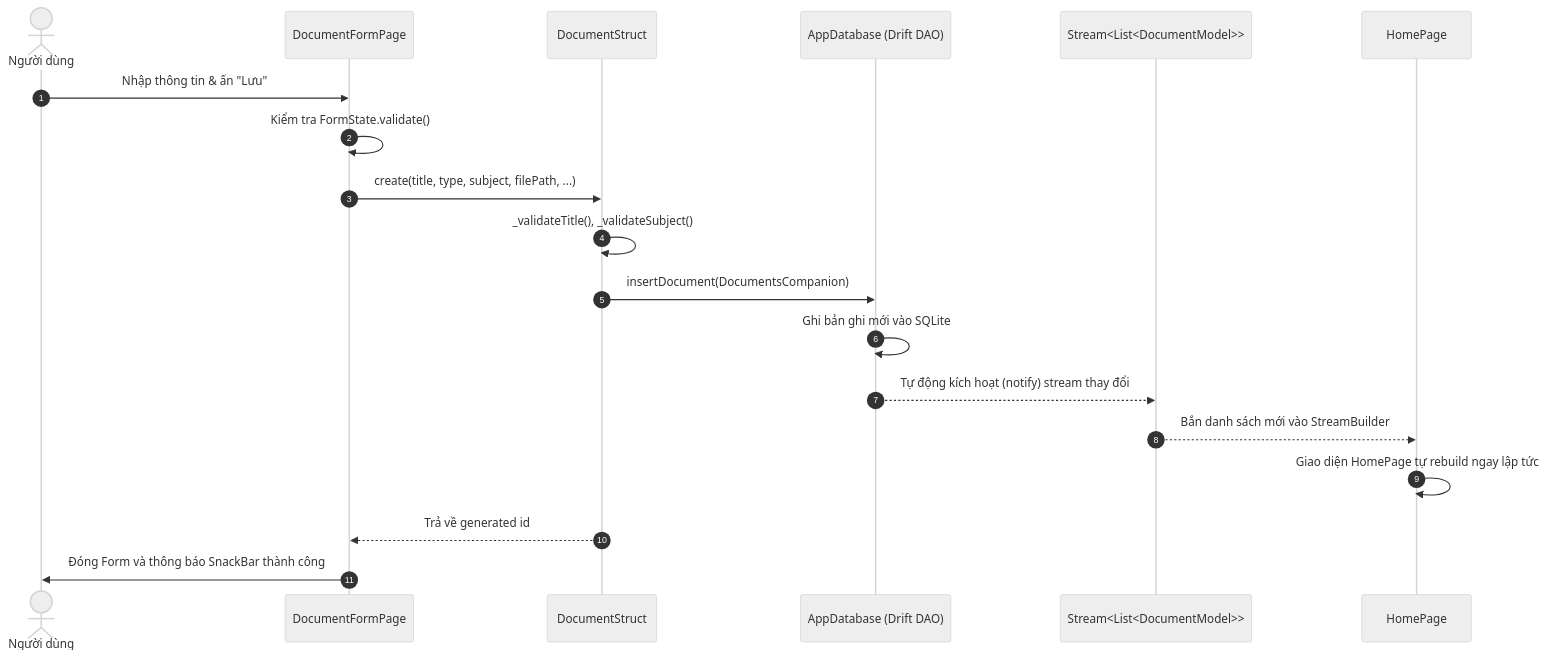
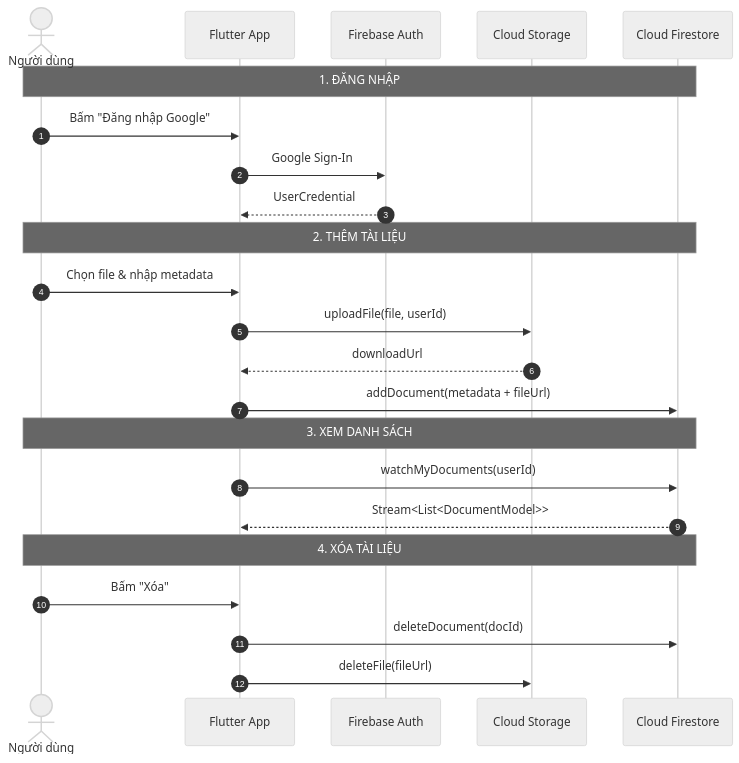
One commit to trggg2185/Study-Docs-Group6 changed the third of 4 diagrams in README.md. Above: the diagram before and after it, drawn with Mermaid (neutral theme). The commit also changed other lines of this file, not shown here.

````diff
--- a/README.md
+++ b/README.md
@@ -109,22 +216,29 @@
 ```mermaid
 sequenceDiagram
     autonumber
     actor User as Người dùng
-    participant Form as DocumentFormPage
-    participant Struct as DocumentStruct
-    participant DB as AppDatabase (Drift DAO)
-    participant Stream as Stream<List<DocumentModel>>
-    participant Home as HomePage
+    participant App as Flutter App
+    participant Auth as Firebase Auth
+    participant Storage as Cloud Storage
+    participant Firestore as Cloud Firestore
 
-    User->>Form: Nhập thông tin & ấn "Lưu"
-    Form->>Form: Kiểm tra FormState.validate()
-    Form->>Struct: create(title, type, subject, filePath, ...)
-    Struct->>Struct: _validateTitle(), _validateSubject()
-    Struct->>DB: insertDocument(DocumentsCompanion)
-    DB->>DB: Ghi bản ghi mới vào SQLite
-    DB-->>Stream: Tự động kích hoạt (notify) stream thay đổi
-    Stream-->>Home: Bắn danh sách mới vào StreamBuilder
-    Home->>Home: Giao diện HomePage tự rebuild ngay lập tức
-    Struct-->>Form: Trả về generated id
-    Form->>User: Đóng Form và thông báo SnackBar thành công
+    Note over User,Firestore: 1. ĐĂNG NHẬP
+    User->>App: Bấm "Đăng nhập Google"
+    App->>Auth: Google Sign-In
+    Auth-->>App: UserCredential
+
+    Note over User,Firestore: 2. THÊM TÀI LIỆU
+    User->>App: Chọn file & nhập metadata
+    App->>Storage: uploadFile(file, userId)
+    Storage-->>App: downloadUrl
+    App->>Firestore: addDocument(metadata + fileUrl)
+
+    Note over User,Firestore: 3. XEM DANH SÁCH
+    App->>Firestore: watchMyDocuments(userId)
+    Firestore-->>App: Stream<List<DocumentModel>>
+
+    Note over User,Firestore: 4. XÓA TÀI LIỆU
+    User->>App: Bấm "Xóa"
+    App->>Firestore: deleteDocument(docId)
+    App->>Storage: deleteFile(fileUrl)
 ```
````
